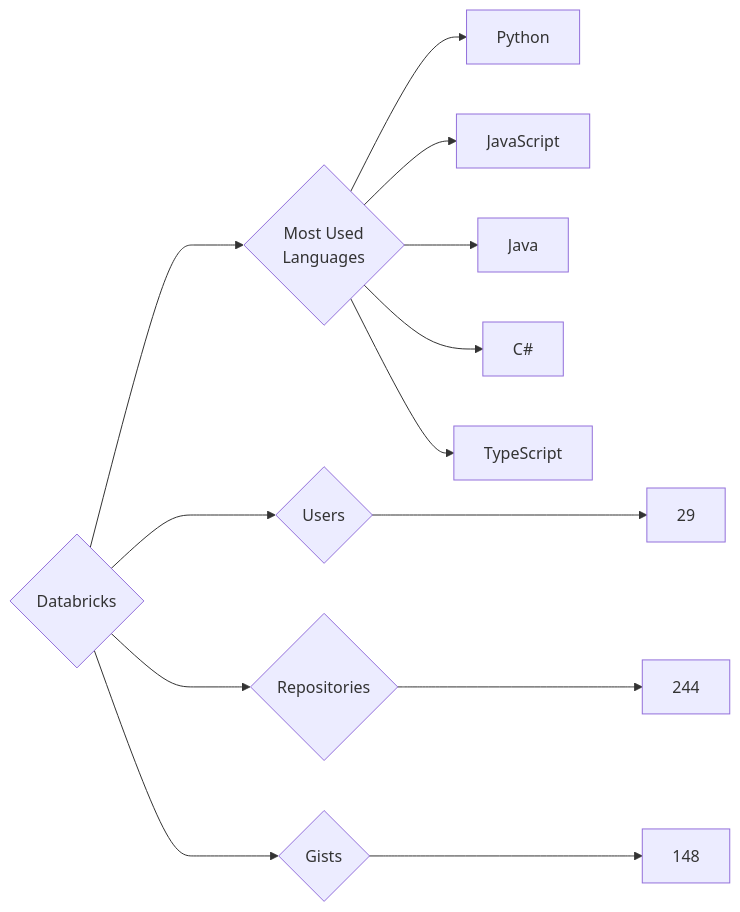
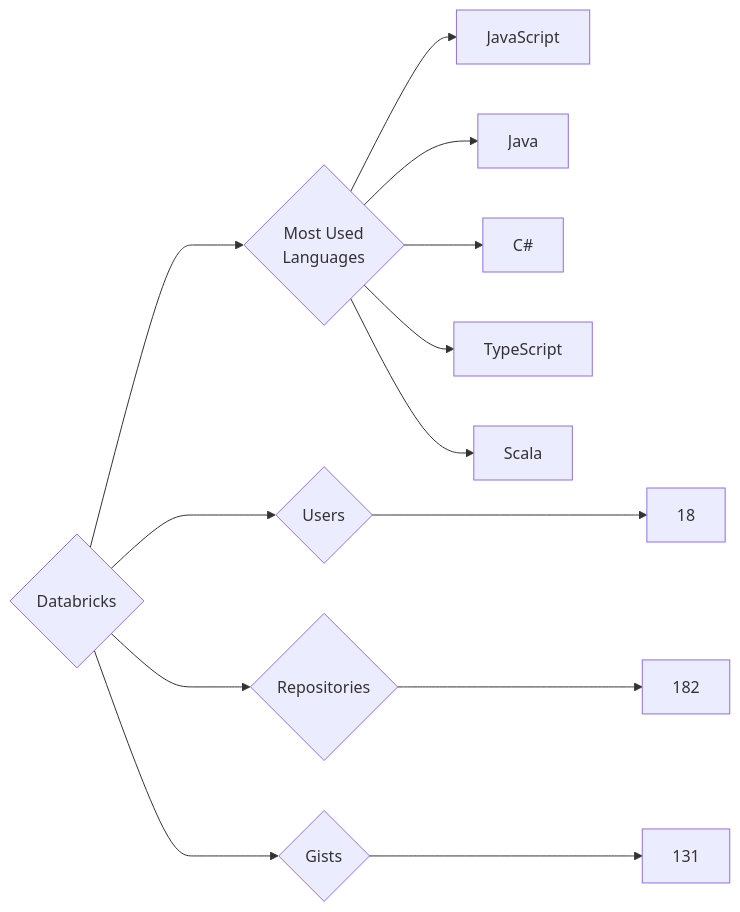
One commit to trickest/insiders changed the diagram in targets/Databricks/README.md. Above: the diagram before and after it, drawn with Mermaid. The commit also changed 773 other files, not shown here.

````diff
--- a/targets/Databricks/README.md
+++ b/targets/Databricks/README.md
@@ -3,13 +3,13 @@
 ```mermaid
 graph LR
 COMPANY_NAME{Databricks}
-COMPANY_NAME ---> U{Users} ---> UN[29]
-COMPANY_NAME ---> R{Repositories} ---> RN[244]
-COMPANY_NAME ---> G{Gists} ---> GN[148]
+COMPANY_NAME ---> U{Users} ---> UN[18]
+COMPANY_NAME ---> R{Repositories} ---> RN[182]
+COMPANY_NAME ---> G{Gists} ---> GN[131]
 COMPANY_NAME ---> ML{Most Used<br>Languages}
-ML --> Python[Python]
 ML --> JavaScript[JavaScript]
 ML --> Java[Java]
 ML --> C#[C#]
 ML --> TypeScript[TypeScript]
+ML --> Scala[Scala]
 ```
````
